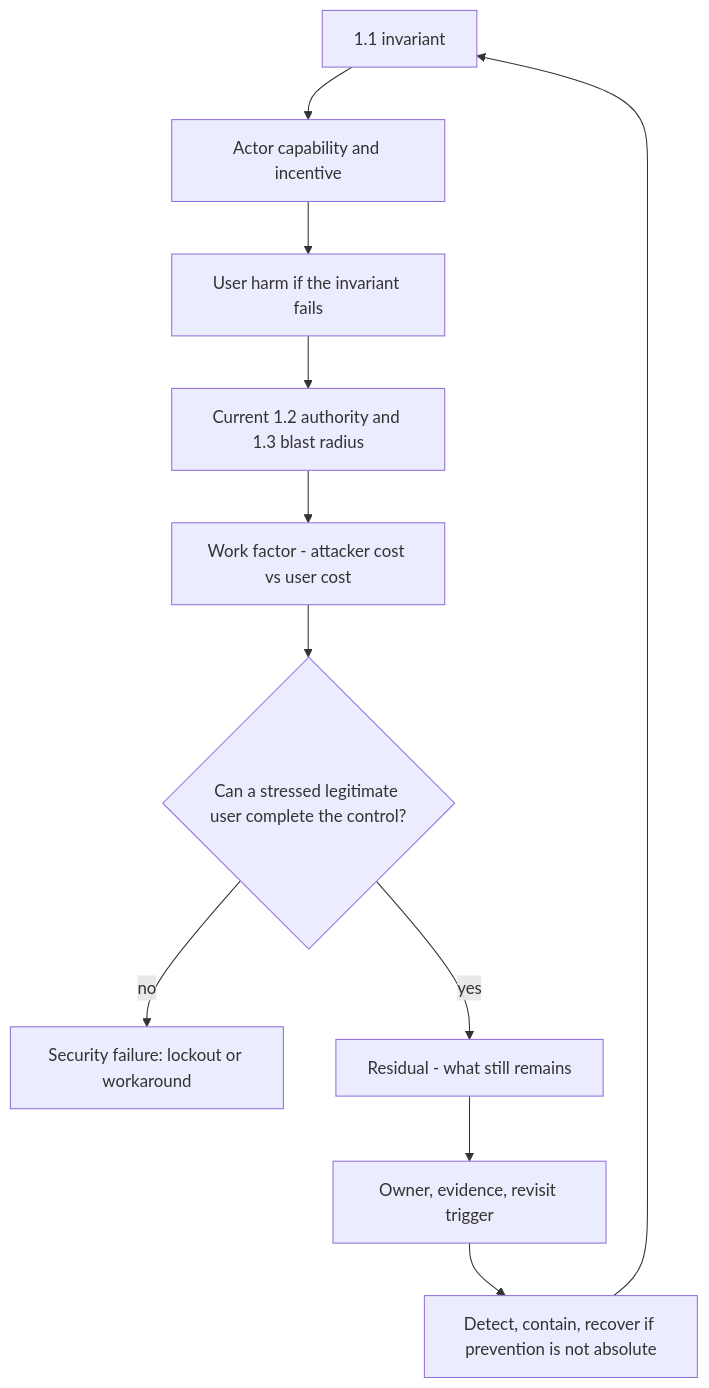
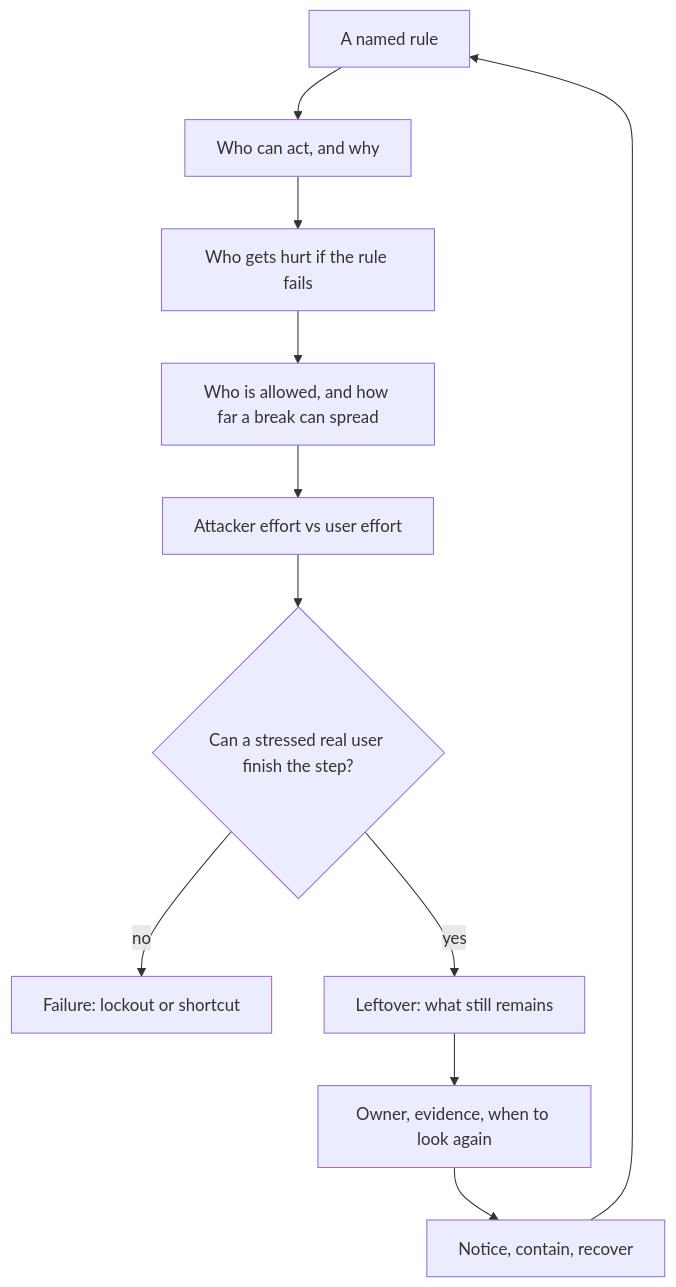
One commit to ishitvagoel/LearnSecurity changed the first of 2 diagrams in content/modules/1/1.4/lessons/01-property.md. Above: the diagram before and after it, drawn with Mermaid. The commit also changed other lines of this file and 44 other files, not shown here.

````diff
--- a/content/modules/1/1.4/lessons/01-property.md
+++ b/content/modules/1/1.4/lessons/01-property.md
@@ -19,13 +18,13 @@
 ```mermaid
 flowchart TD
-  P["1.1 invariant"] --> A[Actor capability and incentive]
-  A --> H[User harm if the invariant fails]
-  H --> C["Current 1.2 authority and 1.3 blast radius"]
-  C --> W["Work factor - attacker cost vs user cost"]
-  W --> U{Can a stressed legitimate user complete the control?}
-  U -->|no| F["Security failure: lockout or workaround"]
-  U -->|yes| R["Residual - what still remains"]
-  R --> O[Owner, evidence, revisit trigger]
-  O --> D[Detect, contain, recover if prevention is not absolute]
+  P[A named rule] --> A[Who can act, and why]
+  A --> H[Who gets hurt if the rule fails]
+  H --> C[Who is allowed, and how far a break can spread]
+  C --> W[Attacker effort vs user effort]
+  W --> U{Can a stressed real user finish the step?}
+  U -->|no| F[Failure: lockout or shortcut]
+  U -->|yes| R[Leftover: what still remains]
+  R --> O[Owner, evidence, when to look again]
+  O --> D[Notice, contain, recover]
   D --> P
 ```
````
